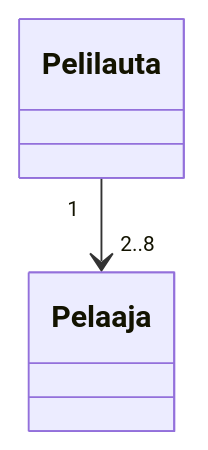
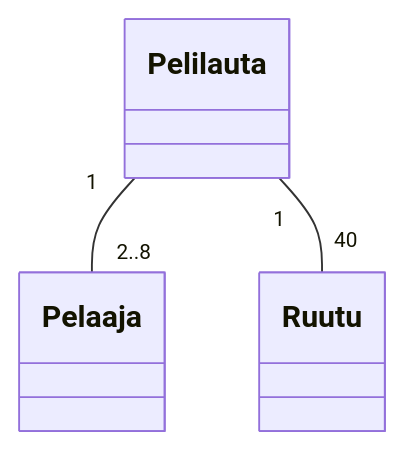
One commit to AlTu774/ot-Tetris changed the diagram in laskarit/viikko3/monopoli.md. Above: the diagram before and after it, drawn with Mermaid.

````diff
--- a/laskarit/viikko3/monopoli.md
+++ b/laskarit/viikko3/monopoli.md
@@ -1,5 +1,6 @@
 ```mermaid
   classDiagram
-      Pelilauta "1" --> "2..8" Pelaaja
+      Pelilauta "1" -- "2..8" Pelaaja
+      Pelilauta "1" -- "40" Ruutu
 
 ```
````
